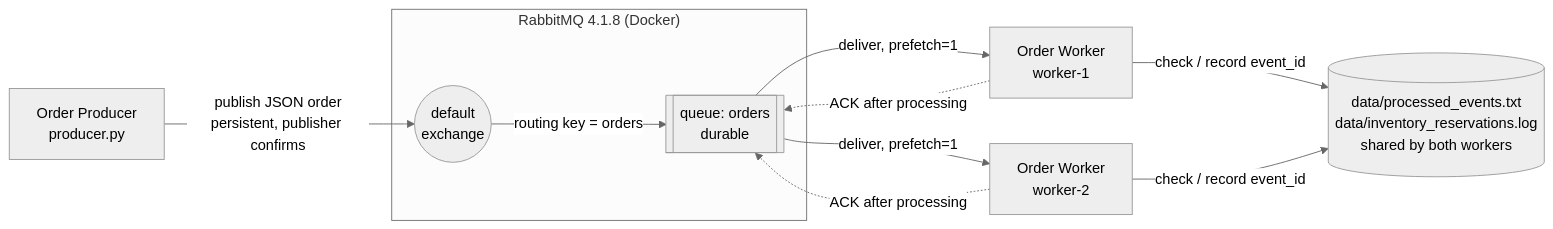
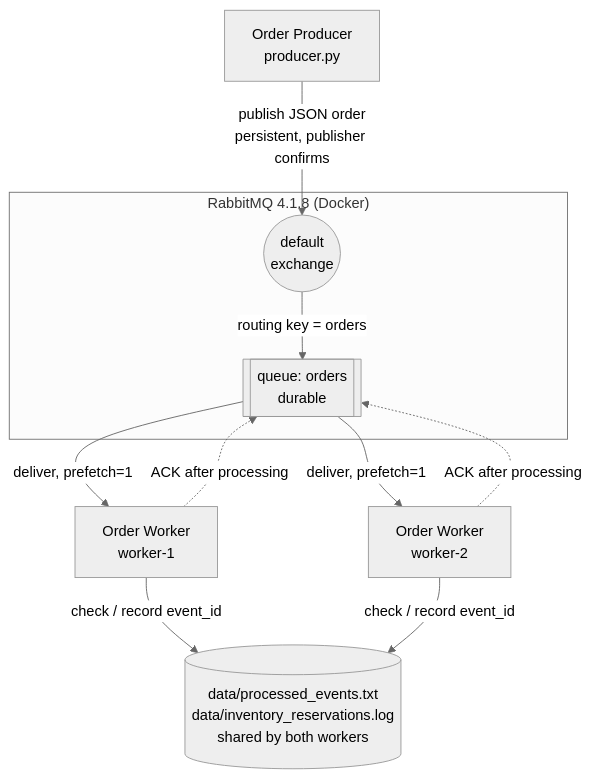
The first of 2 diagrams in README.md (juileegiramkar/Asynchronous_Messaging), drawn with Mermaid (neutral theme) before and after one commit.

Commit message:
README: draw the architecture diagram top-down so it is readable on GitHub

````diff
--- a/README.md
+++ b/README.md
@@ -26,20 +26,20 @@
 ```mermaid
-flowchart LR
+flowchart TB
     P["Order Producer<br/>producer.py"]
     subgraph MQ["RabbitMQ 4.1.8 (Docker)"]
         X(("default<br/>exchange"))
         Q[["queue: orders<br/>durable"]]
         X -- "routing key = orders" --> Q
     end
     W1["Order Worker<br/>worker-1"]
     W2["Order Worker<br/>worker-2"]
     S[("data/processed_events.txt<br/>data/inventory_reservations.log<br/>shared by both workers")]
 
     P -- "publish JSON order<br/>persistent, publisher confirms" --> X
     Q -- "deliver, prefetch=1" --> W1
     Q -- "deliver, prefetch=1" --> W2
     W1 -. "ACK after processing" .-> Q
     W2 -. "ACK after processing" .-> Q
     W1 -- "check / record event_id" --> S
     W2 -- "check / record event_id" --> S
 ```
````
